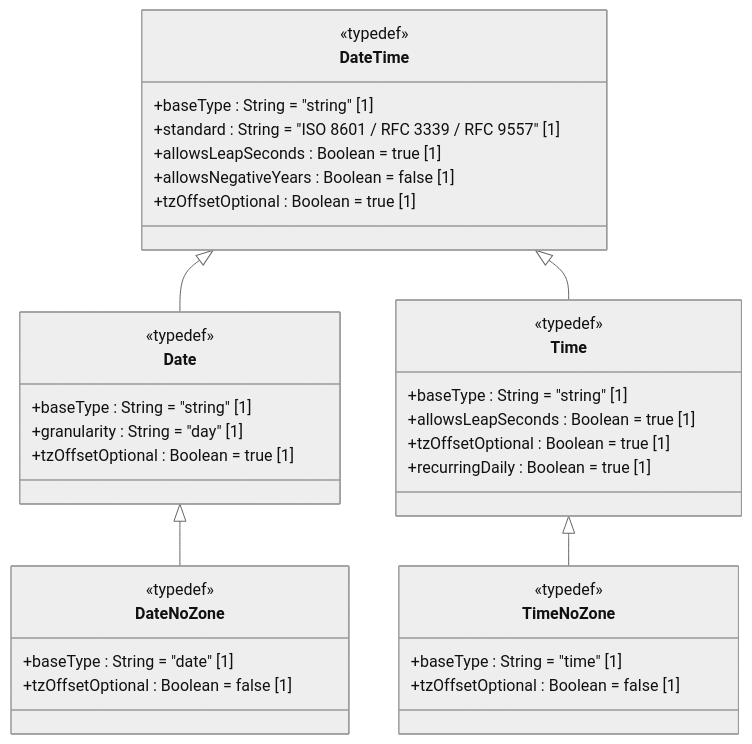
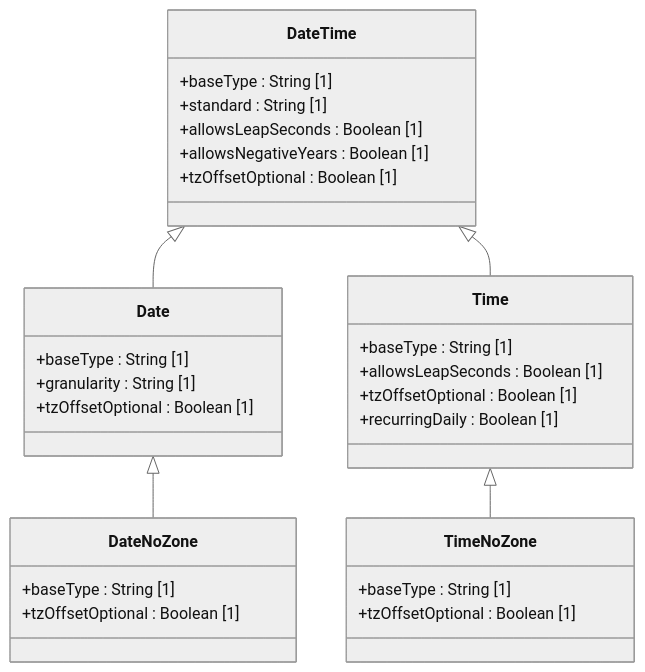
Before and after one commit to gintatkinson/dep-tst40: the diagram in docs/features/feat-20-date-time-types.md, drawn with Mermaid (neutral theme). The commit also changed 16 other files, not shown here.

First line of the commit message:
docs: fix UML compliance — strip default values, stereotypes, placeholders, YANG types

````diff
--- a/docs/features/feat-20-date-time-types.md
+++ b/docs/features/feat-20-date-time-types.md
@@ -19,38 +19,33 @@
 ```mermaid
 classDiagram
     class DateTime {
-        <<typedef>>
-        +baseType : String = "string" [1]
-        +standard : String = "ISO 8601 / RFC 3339 / RFC 9557" [1]
-        +allowsLeapSeconds : Boolean = true [1]
-        +allowsNegativeYears : Boolean = false [1]
-        +tzOffsetOptional : Boolean = true [1]
+        +baseType : String [1]
+        +standard : String [1]
+        +allowsLeapSeconds : Boolean [1]
+        +allowsNegativeYears : Boolean [1]
+        +tzOffsetOptional : Boolean [1]
     }
     class Date {
-        <<typedef>>
-        +baseType : String = "string" [1]
-        +granularity : String = "day" [1]
-        +tzOffsetOptional : Boolean = true [1]
+        +baseType : String [1]
+        +granularity : String [1]
+        +tzOffsetOptional : Boolean [1]
     }
     class DateNoZone {
-        <<typedef>>
-        +baseType : String = "date" [1]
-        +tzOffsetOptional : Boolean = false [1]
+        +baseType : String [1]
+        +tzOffsetOptional : Boolean [1]
     }
     class Time {
-        <<typedef>>
-        +baseType : String = "string" [1]
-        +allowsLeapSeconds : Boolean = true [1]
-        +tzOffsetOptional : Boolean = true [1]
-        +recurringDaily : Boolean = true [1]
+        +baseType : String [1]
+        +allowsLeapSeconds : Boolean [1]
+        +tzOffsetOptional : Boolean [1]
+        +recurringDaily : Boolean [1]
     }
     class TimeNoZone {
-        <<typedef>>
-        +baseType : String = "time" [1]
-        +tzOffsetOptional : Boolean = false [1]
+        +baseType : String [1]
+        +tzOffsetOptional : Boolean [1]
     }
     DateTime <|-- Date
     Date <|-- DateNoZone
     DateTime <|-- Time
     Time <|-- TimeNoZone
 ```
````
